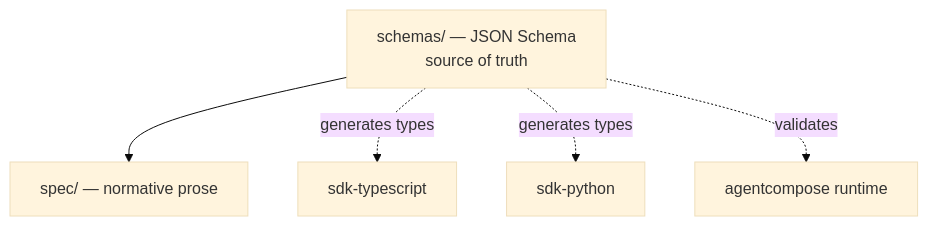
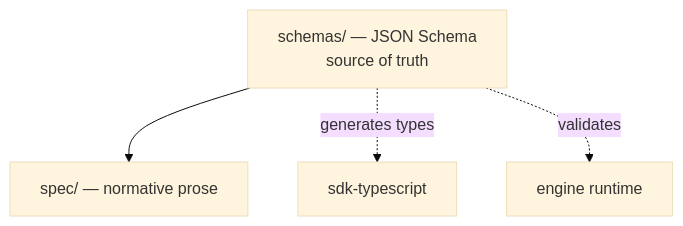
One commit to agentcompose/spec changed the diagram in README.md. Above: the diagram before and after it, drawn with Mermaid (base theme). The commit also changed other lines of this file, not shown here.

````diff
--- a/README.md
+++ b/README.md
@@ -37,7 +44,6 @@
 ```mermaid
 graph TB
     SCHEMAS[schemas/ — JSON Schema<br/>source of truth] --> SPEC[spec/ — normative prose]
     SCHEMAS -. generates types .-> TS[sdk-typescript]
-    SCHEMAS -. generates types .-> PY[sdk-python]
-    SCHEMAS -. validates .-> RT[agentcompose runtime]
+    SCHEMAS -. validates .-> RT[engine runtime]
 ```
````
